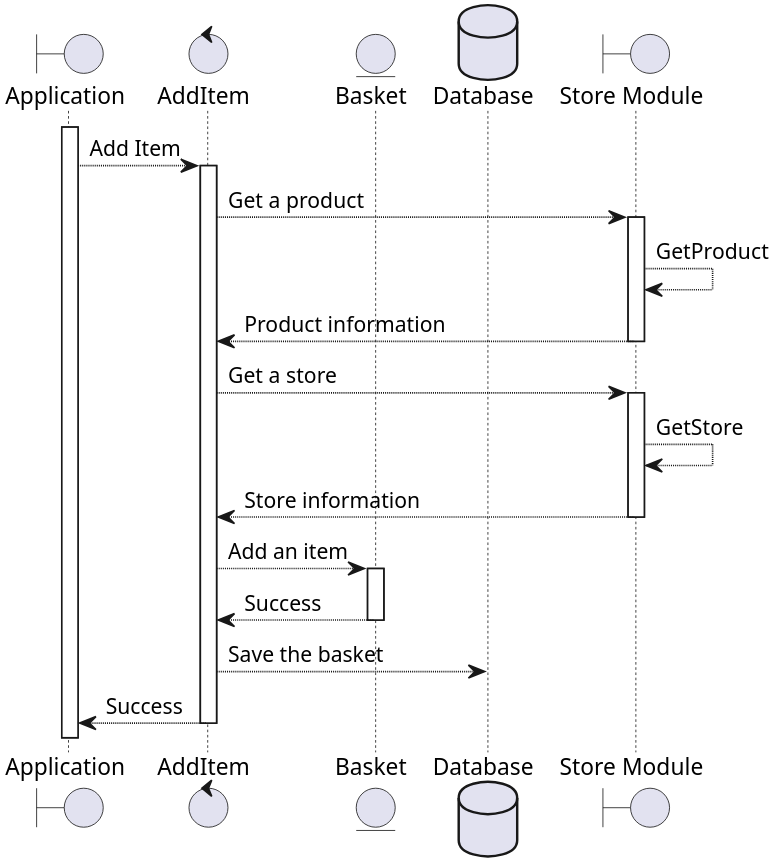
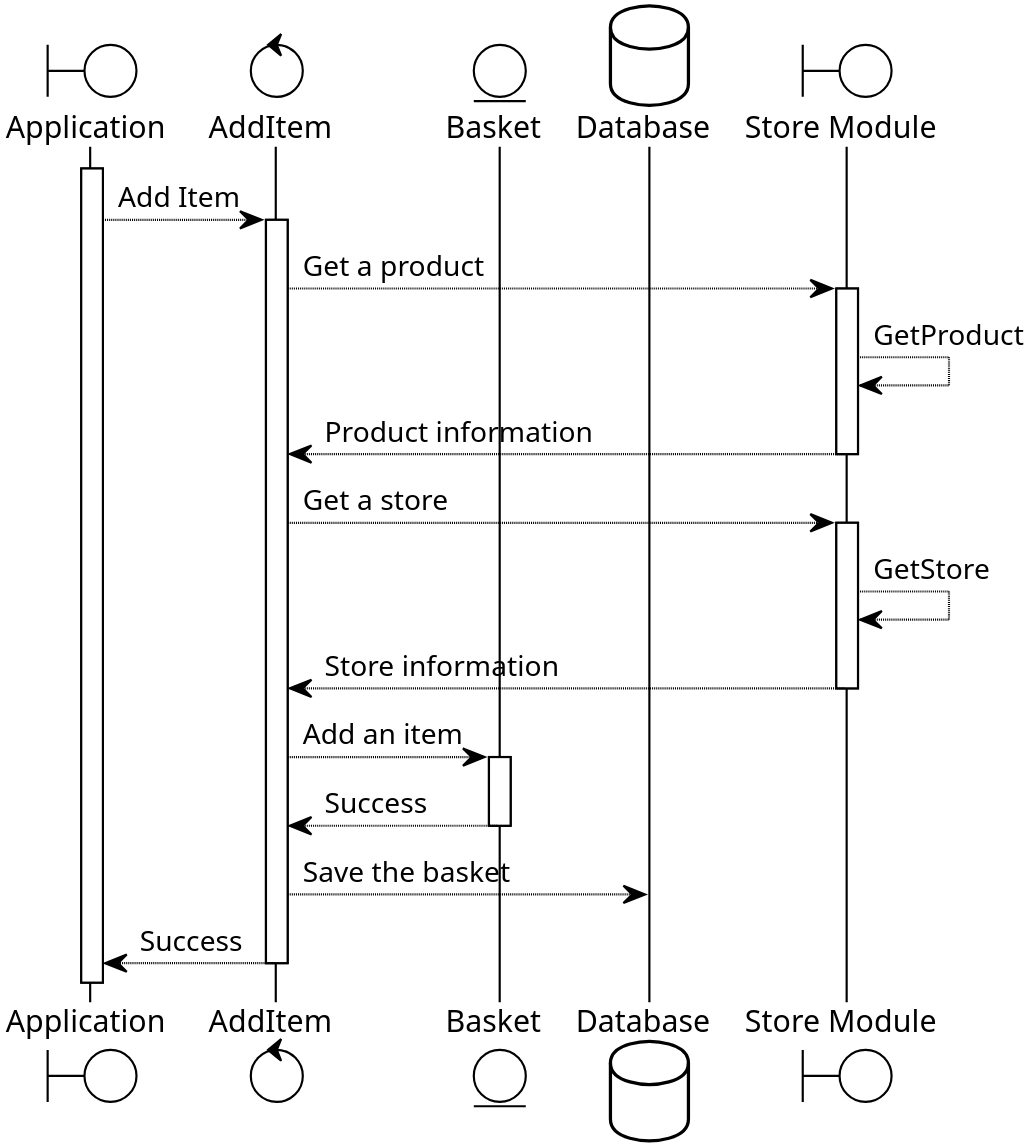
Before and after one commit to anhbkpro/mall-bots: the diagram in docs/Diagrams/adding_items.plantuml, drawn with PlantUML. The commit also changed 293 other files, not shown here.

```diff
--- a/docs/Diagrams/adding_items.plantuml
+++ b/docs/Diagrams/adding_items.plantuml
@@ -1,35 +1,36 @@
 @startuml
-
-skinparam dpi 300
+!theme plain
+skinparam dpi 400
+skinparam defaultFontName Jetbrains Mono
 
 'actor User as u
 boundary Application as app
 control AddItem as ai
 entity Basket as b
 database Database as db
 boundary "Store Module" as s
 
 'u --> app : Add an item
 activate app
 app --> ai : Add Item
 activate ai
 ai --> s : Get a product
 activate s
 s --> s : GetProduct
 s --> ai : Product information
 deactivate s
 ai --> s : Get a store
 activate s
 s --> s : GetStore
 s --> ai : Store information
 deactivate s
 ai --> b : Add an item
 activate b
 b --> ai : Success
 deactivate b
 ai --> db : Save the basket
 ai --> app : Success
 deactivate ai
 'app --> u : Success
 'deactivate app
 @enduml
```
